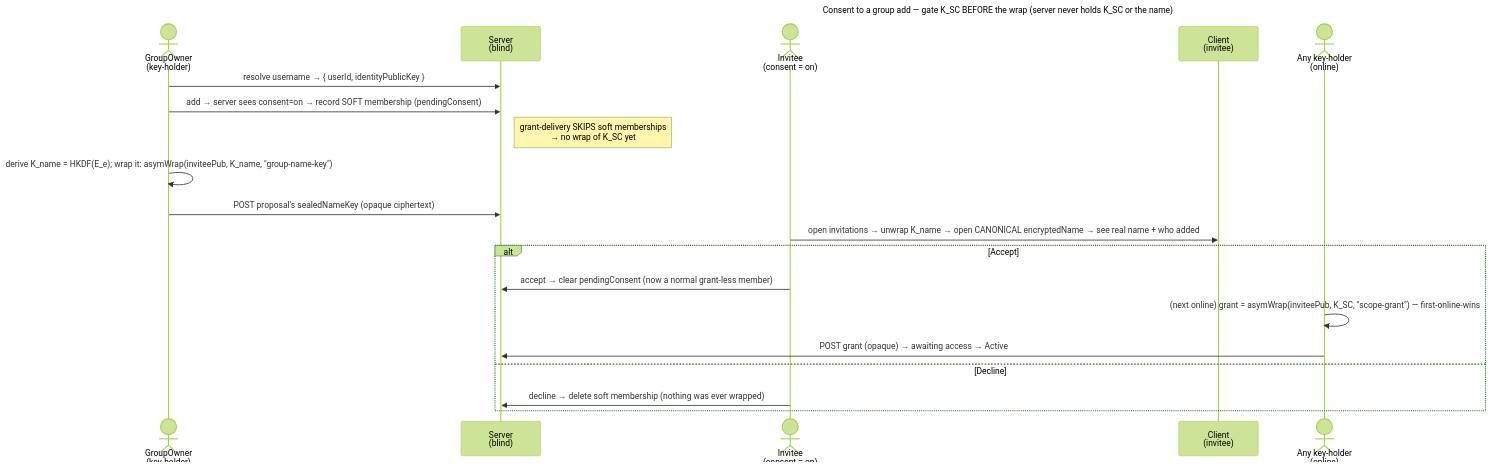
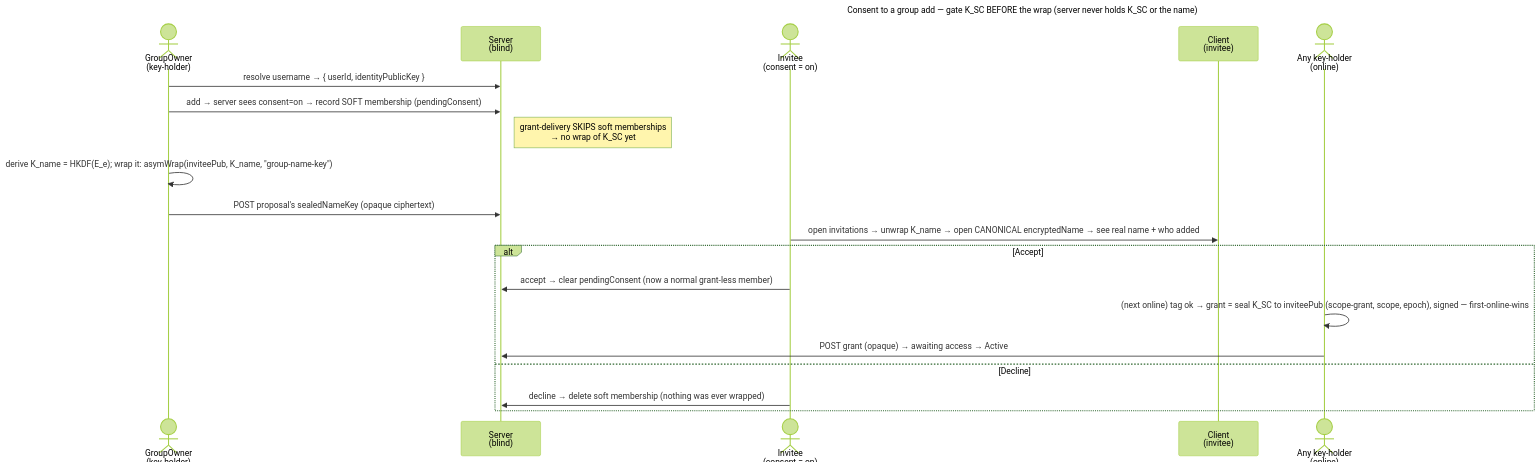
The diagram in docs/features/spaces/use-cases/uc.spaces.consent-group-add.md (raddatzk/veyq), drawn with Mermaid (forest theme) before and after one commit. The commit also changed other lines of this file and 32 other files, not shown here.

````diff
--- a/docs/features/spaces/use-cases/uc.spaces.consent-group-add.md
+++ b/docs/features/spaces/use-cases/uc.spaces.consent-group-add.md
@@ -58,24 +59,24 @@
 ```mermaid
 ---
 title: Consent to a group add — gate K_SC BEFORE the wrap (server never holds K_SC or the name)
 ---
 sequenceDiagram
   actor O as GroupOwner<br>(key-holder)
   participant S as Server<br>(blind)
   actor I as Invitee<br>(consent = on)
   participant CI as Client<br>(invitee)
   actor M as Any key-holder<br>(online)
   O->>S: resolve username → { userId, identityPublicKey }
   O->>S: add → server sees consent=on → record SOFT membership (pendingConsent)
   Note right of S: grant-delivery SKIPS soft memberships<br>→ no wrap of K_SC yet
   O->>O: derive K_name = HKDF(E_e)#59; wrap it: asymWrap(inviteePub, K_name, "group-name-key")
   O->>S: POST proposal's sealedNameKey (opaque ciphertext)
   I->>CI: open invitations → unwrap K_name → open CANONICAL encryptedName → see real name + who added
   alt Accept
   I->>S: accept → clear pendingConsent (now a normal grant-less member)
-  M->>M: (next online) grant = asymWrap(inviteePub, K_SC, "scope-grant") — first-online-wins
+  M->>M: (next online) tag ok → grant = seal K_SC to inviteePub (scope-grant, scope, epoch), signed — first-online-wins
   M->>S: POST grant (opaque) → awaiting access → Active
   else Decline
   I->>S: decline → delete soft membership (nothing was ever wrapped)
   end
 ```
````
